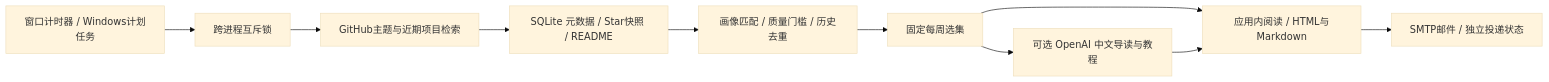
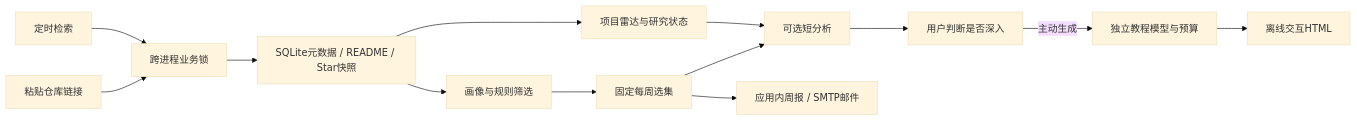
Before and after one commit to zhaotingding/GitHub-Stars: the diagram in docs/design.md, drawn with Mermaid (base theme). The commit also changed other lines of this file and 24 other files, not shown here.

````diff
--- a/docs/design.md
+++ b/docs/design.md
@@ -19,12 +9,15 @@
 ```mermaid
 flowchart LR
-  T[窗口计时器 / Windows计划任务] --> L[跨进程互斥锁]
-  L --> G[GitHub主题与近期项目检索]
-  G --> D[SQLite 元数据 / Star快照 / README]
-  D --> R[画像匹配 / 质量门槛 / 历史去重]
+  T[定时检索] --> L[跨进程业务锁]
+  M[粘贴仓库链接] --> L
+  L --> D[SQLite元数据 / README / Star快照]
+  D --> P[项目雷达与研究状态]
+  D --> R[画像与规则筛选]
   R --> W[固定每周选集]
-  W --> A[可选 OpenAI 中文导读与教程]
-  W --> V[应用内阅读 / HTML与Markdown]
-  A --> V
-  V --> E[SMTP邮件 / 独立投递状态]
+  P --> A[可选短分析]
+  W --> A
+  A --> J[用户判断是否深入]
+  J -->|主动生成| H[独立教程模型与预算]
+  H --> V[离线交互HTML]
+  W --> E[应用内周报 / SMTP邮件]
 ```
````
